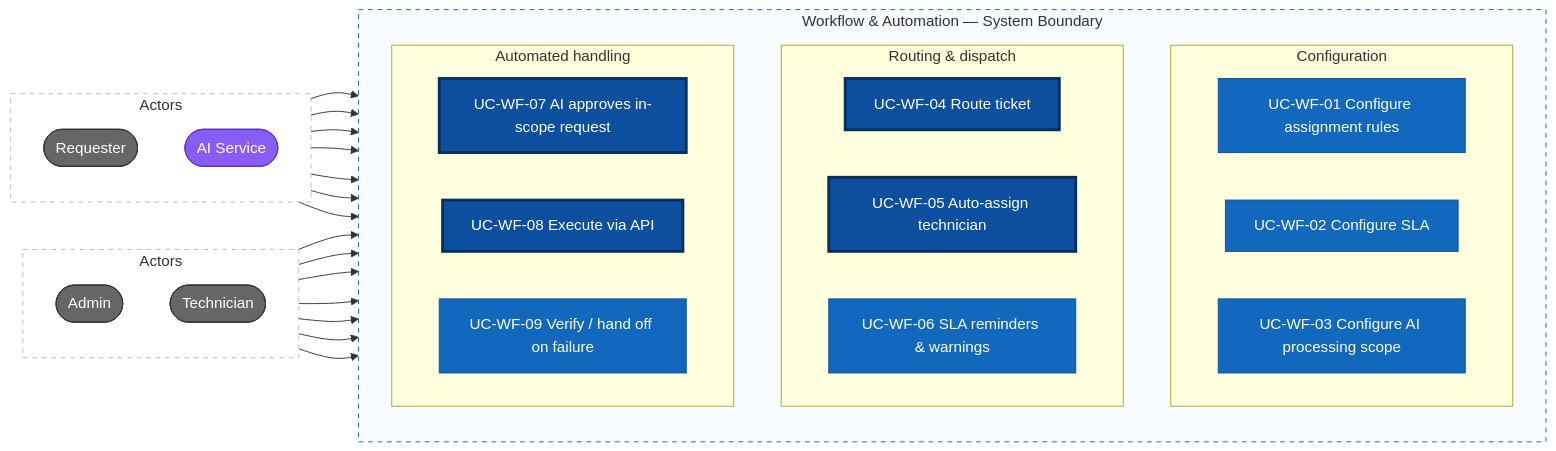
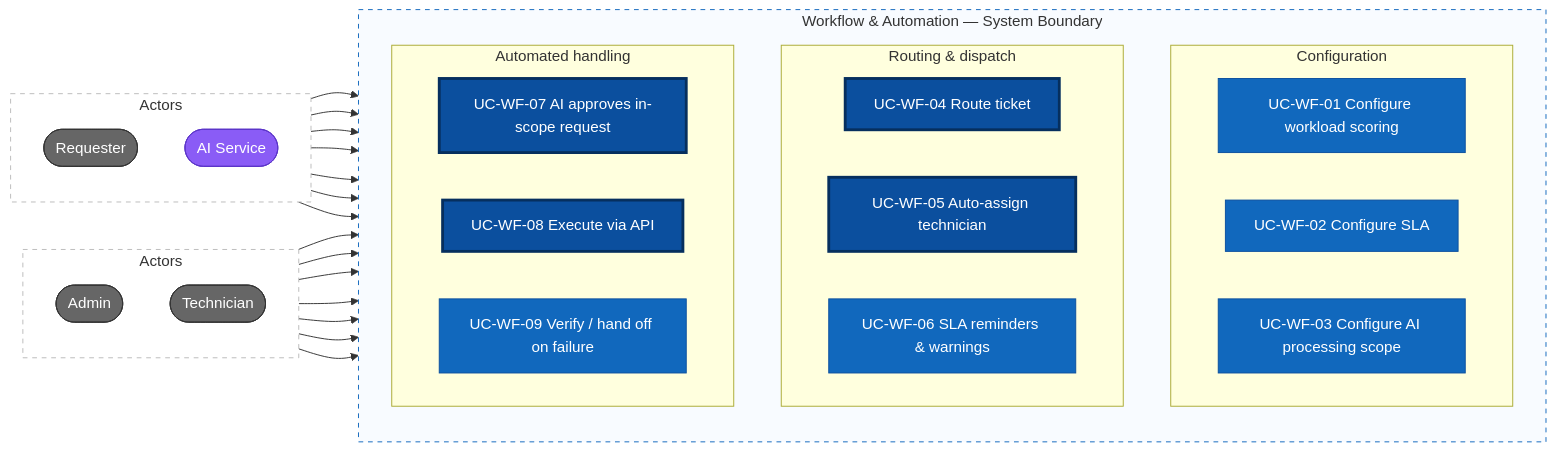
Before and after one commit to Akaza-ban/Fable: the third of 5 diagrams in docs/f05-workflow-automation/02-use-cases.md, drawn with Mermaid. The commit also changed other lines of this file and 15 other files, not shown here.

````diff
--- a/docs/f05-workflow-automation/02-use-cases.md
+++ b/docs/f05-workflow-automation/02-use-cases.md
@@ -143,53 +148,53 @@
 ```mermaid
 flowchart LR
     subgraph left["Actors"]
         direction TB
         admin(["Admin"])
         tech(["Technician"])
     end
 
     subgraph system["Workflow & Automation — System Boundary"]
         direction TB
         subgraph config["Configuration"]
             direction LR
-            uc01["UC-WF-01 Configure assignment rules"]
+            uc01["UC-WF-01 Configure workload scoring"]
             uc02["UC-WF-02 Configure SLA"]
             uc03["UC-WF-03 Configure AI processing scope"]
         end
         subgraph routing["Routing & dispatch"]
             direction LR
             uc04["UC-WF-04 Route ticket"]
             uc05["UC-WF-05 Auto-assign technician"]
             uc06["UC-WF-06 SLA reminders & warnings"]
         end
         subgraph automation["Automated handling"]
             direction LR
             uc07["UC-WF-07 AI approves in-scope request"]
             uc08["UC-WF-08 Execute via API"]
             uc09["UC-WF-09 Verify / hand off on failure"]
         end
     end
 
     subgraph right["Actors"]
         direction TB
         requester(["Requester"])
         ai(["AI Service"])
     end
 
     admin --> uc01 & uc02 & uc03 & uc05
     tech --> uc05 & uc06 & uc09
     requester --> uc04 & uc06 & uc08 & uc09
     ai --> uc04 & uc05 & uc07
 
     classDef actor fill:#666,color:#fff,stroke:#333
     classDef sysactor fill:#8a5cf6,color:#fff,stroke:#5b34c9
     classDef usecase fill:#1168bd,color:#fff,stroke:#0b4f9e
     classDef core fill:#0b4f9e,color:#fff,stroke:#062f5e,stroke-width:3px
     class admin,tech,requester actor
     class ai sysactor
     class uc01,uc02,uc03,uc06,uc09 usecase
     class uc04,uc05,uc07,uc08 core
     style left fill:#fff,stroke:#bbb,stroke-dasharray:5 5
     style right fill:#fff,stroke:#bbb,stroke-dasharray:5 5
     style system fill:#f8fbff,stroke:#1168bd,stroke-dasharray:5 5
 ```
````
